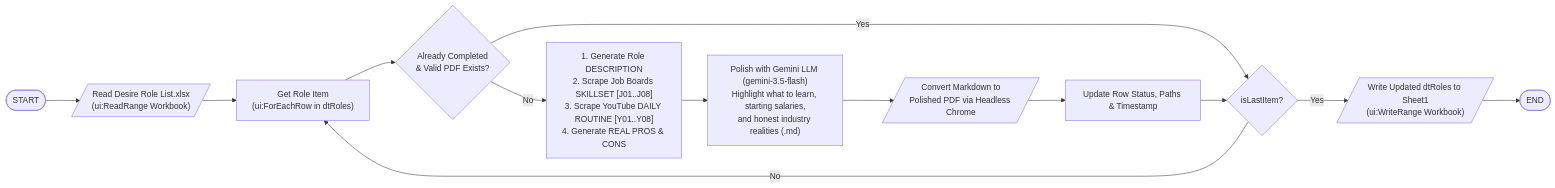
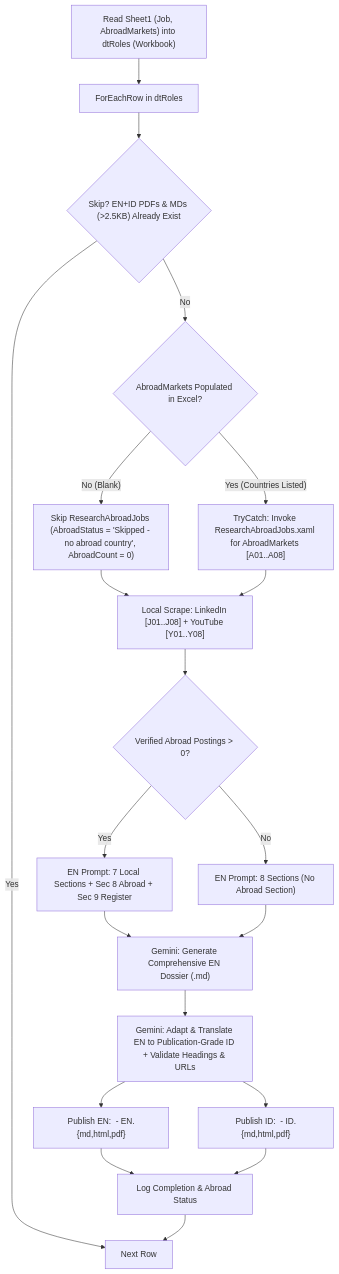
Before and after one commit to prayogizan/JourKa: the diagram in README.md, drawn with Mermaid. The commit also changed other lines of this file and 39 other files, not shown here.

First line of the commit message:
feat(pipeline): support dynamic per-role abroad markets in excel

````diff
--- a/README.md
+++ b/README.md
@@ -36,15 +39,22 @@
 ```mermaid
-flowchart LR
-    A(["START"]) --> B[/"Read Desire Role List.xlsx<br/>(ui:ReadRange Workbook)"/]
-    B --> C["Get Role Item<br/>(ui:ForEachRow in dtRoles)"]
-    C --> D{"Already Completed<br/>& Valid PDF Exists?"}
-    D -- "Yes" --> G{"isLastItem?"}
-    D -- "No" --> E["1. Generate Role DESCRIPTION<br/>2. Scrape Job Boards SKILLSET [J01..J08]<br/>3. Scrape YouTube DAILY ROUTINE [Y01..Y08]<br/>4. Generate REAL PROS & CONS"]
-    E --> F["Polish with Gemini LLM (gemini-3.5-flash)<br/>Highlight what to learn, starting salaries,<br/>and honest industry realities (.md)"]
-    F --> H[/"Convert Markdown to<br/>Polished PDF via Headless Chrome"/]
-    H --> I["Update Row Status, Paths & Timestamp"]
-    I --> G
-    G -- "No" --> C
-    G -- "Yes" --> J[/"Write Updated dtRoles to Sheet1<br/>(ui:WriteRange Workbook)"/]
-    J --> K(["END"])
+flowchart TD
+    A["Read Sheet1 (Job, AbroadMarkets) into dtRoles (Workbook)"] --> C["ForEachRow in dtRoles"]
+    C --> D{"Skip? EN+ID PDFs & MDs (>2.5KB) Already Exist"}
+    D -- "Yes" --> N["Next Row"]
+    D -- "No" --> E0{"AbroadMarkets Populated in Excel?"}
+    E0 -- "No (Blank)" --> E1["Skip ResearchAbroadJobs (AbroadStatus = 'Skipped - no abroad country', AbroadCount = 0)"]
+    E0 -- "Yes (Countries Listed)" --> E["TryCatch: Invoke ResearchAbroadJobs.xaml for AbroadMarkets [A01..A08]"]
+    E1 --> F["Local Scrape: LinkedIn [J01..J08] + YouTube [Y01..Y08]"]
+    E --> F
+    F --> G{"Verified Abroad Postings > 0?"}
+    G -- "Yes" --> H["EN Prompt: 7 Local Sections + Sec 8 Abroad + Sec 9 Register"]
+    G -- "No" --> I["EN Prompt: 8 Sections (No Abroad Section)"]
+    H --> J["Gemini: Generate Comprehensive EN Dossier (.md)"]
+    I --> J
+    J --> K["Gemini: Adapt & Translate EN to Publication-Grade ID + Validate Headings & URLs"]
+    K --> L["Publish EN: <Role> - EN.{md,html,pdf}"]
+    K --> M["Publish ID: <Role> - ID.{md,html,pdf}"]
+    L --> O["Log Completion & Abroad Status"]
+    M --> O
+    O --> N
 ```
````
